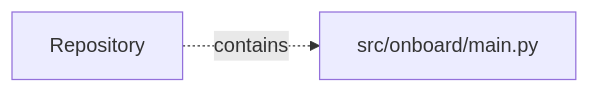
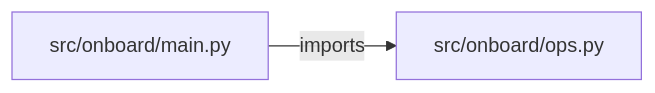
One commit to iarsingh/customer-onboarding-platform changed the diagram in PROJECT_ARCHITECTURE.md. Above: the diagram before and after it, drawn with Mermaid. The commit also changed other lines of this file and 2 other files, not shown here.

Commit message:
Refresh architecture and interview guides from current implementation

````diff
--- a/PROJECT_ARCHITECTURE.md
+++ b/PROJECT_ARCHITECTURE.md
@@ -13,5 +13,6 @@
 ```mermaid
 flowchart LR
     M0["src/onboard/main.py"]
-    R["Repository"] -. contains .-> M0
+    M1["src/onboard/ops.py"]
+    M0 -->|imports| M1
 ```
````
